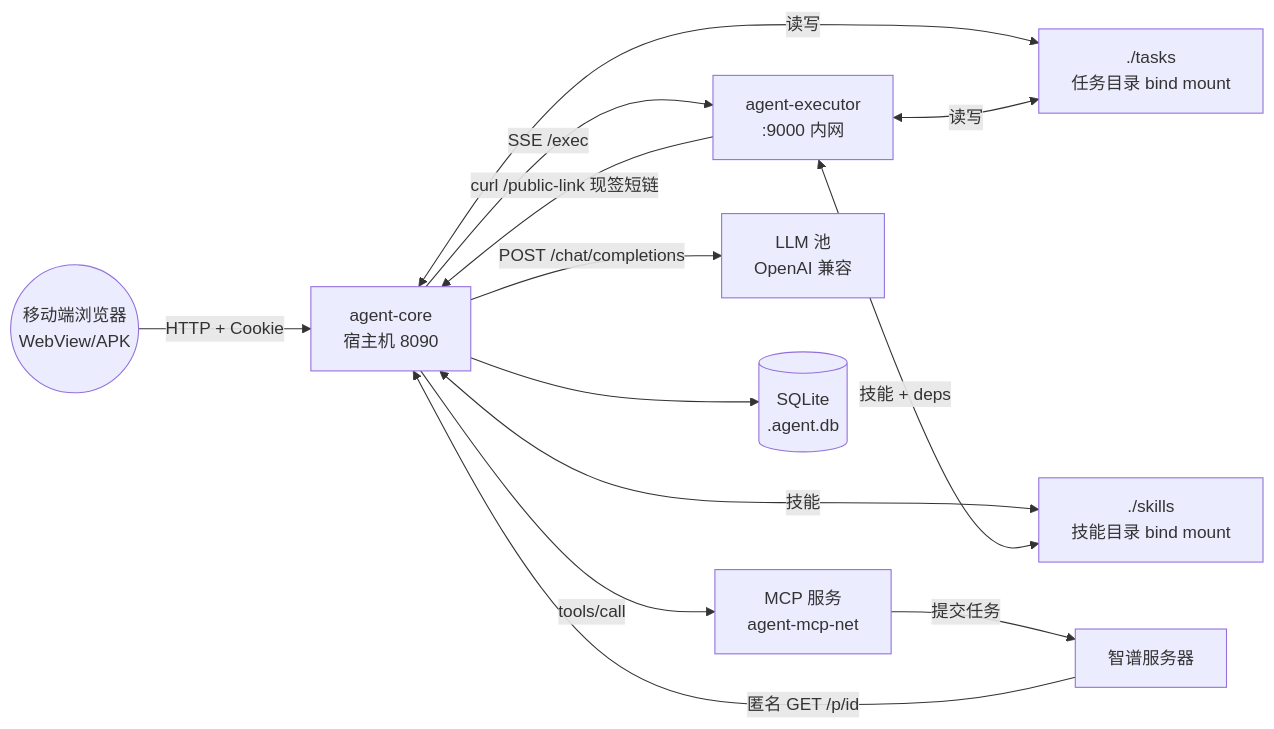
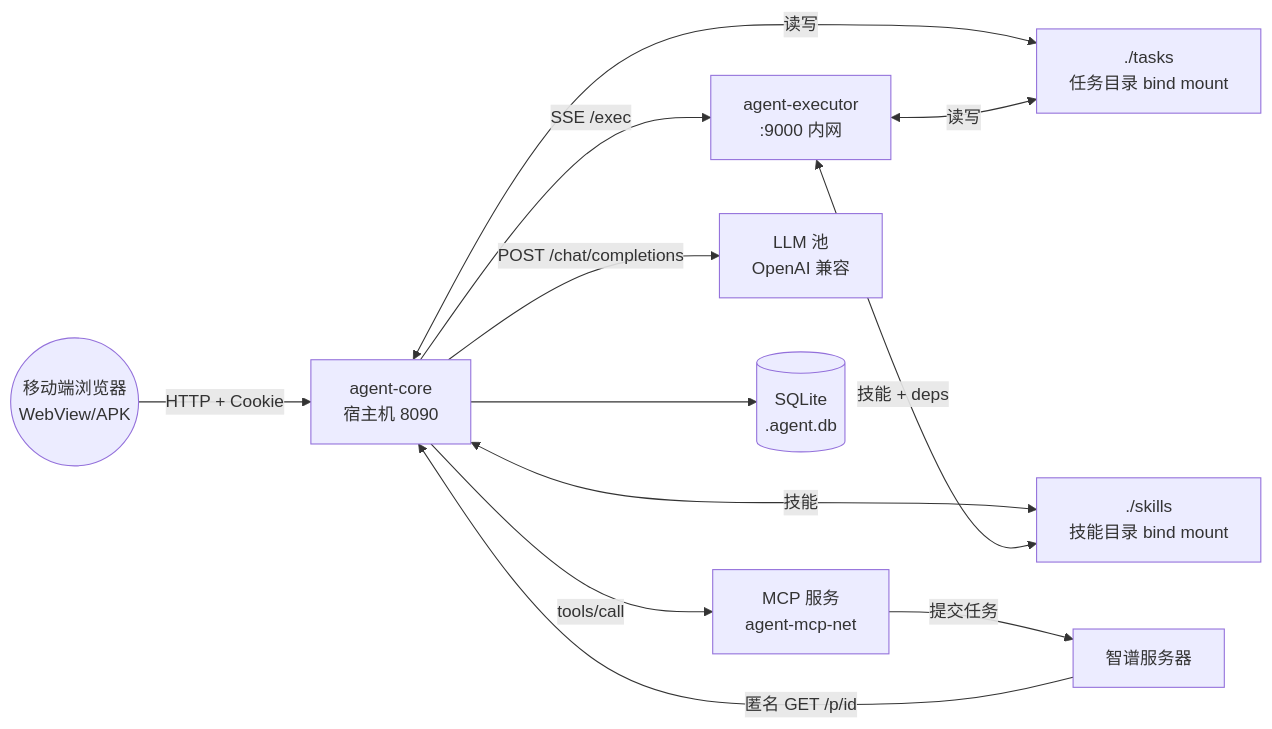
Before and after one commit to kicer/agent: the first of 5 diagrams in docs/ARCHITECTURE.md, drawn with Mermaid. The commit also changed other lines of this file and 15 other files, not shown here.

First line of the commit message:
新增内置工具 mint_public_link，退役内网签发端口 8081

````diff
--- a/docs/ARCHITECTURE.md
+++ b/docs/ARCHITECTURE.md
@@ -91,25 +90,24 @@
 ```mermaid
 graph LR
     Browser((移动端浏览器<br/>WebView/APK))
     Core[agent-core<br/>宿主机 8090]
     Exec[agent-executor<br/>:9000 内网]
     MCP[MCP 服务<br/>agent-mcp-net]
     Zhipu[智谱服务器]
     LLM[LLM 池<br/>OpenAI 兼容]
     Tasks[./tasks<br/>任务目录 bind mount]
     Skills[./skills<br/>技能目录 bind mount]
     DB[(SQLite<br/>.agent.db)]
 
     Browser -->|HTTP + Cookie| Core
     Core -->|SSE /exec| Exec
     Core -->|POST /chat/completions| LLM
     Core -->|tools/call| MCP
     MCP -->|提交任务| Zhipu
-    Exec -->|curl /public-link 现签短链| Core
     Zhipu -->|匿名 GET /p/id| Core
     Core <-->|读写| Tasks
     Exec <-->|读写| Tasks
     Core <-->|技能| Skills
     Exec <-->|技能 + deps| Skills
     Core --> DB
 ```
````
